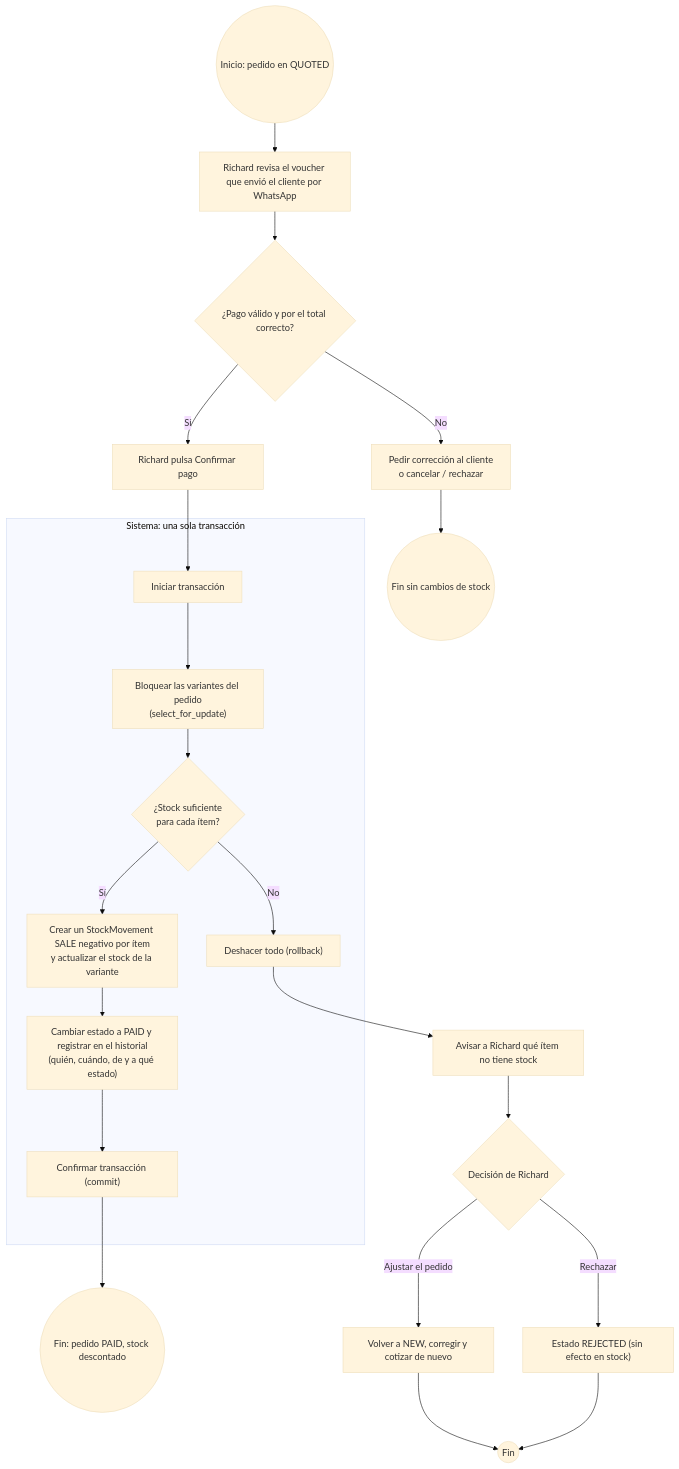
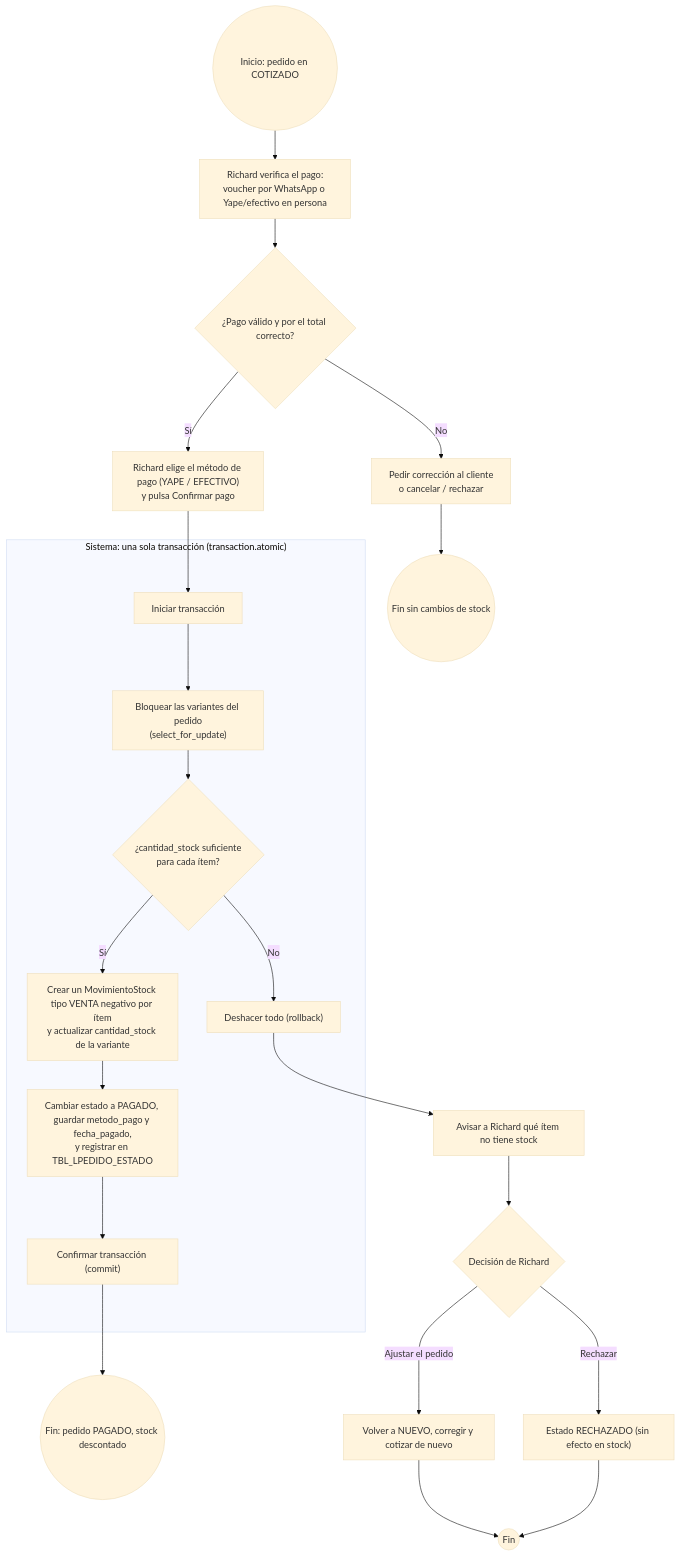
Before and after one commit to jcoldsolutionsj-lab/Proyect_03EcomerceEmunaSport: the diagram in 01-Relevamiento/diagramas/03-actividad-confirmar-pago.md, drawn with Mermaid (base theme). The commit also changed other lines of this file and 43 other files, not shown here.

````diff
--- a/01-Relevamiento/diagramas/03-actividad-confirmar-pago.md
+++ b/01-Relevamiento/diagramas/03-actividad-confirmar-pago.md
@@ -5,27 +5,27 @@
 ```mermaid
 flowchart TD
-  INI(("Inicio: pedido en QUOTED")) --> b1["Richard revisa el voucher que envió el cliente por WhatsApp"]
+  INI(("Inicio: pedido en COTIZADO")) --> b1["Richard verifica el pago:<br/>voucher por WhatsApp o Yape/efectivo en persona"]
   b1 --> b2{"¿Pago válido y por el total correcto?"}
   b2 -- "No" --> b3["Pedir corrección al cliente<br/>o cancelar / rechazar"]
   b3 --> FIN1(("Fin sin cambios de stock"))
-  b2 -- "Sí" --> b4["Richard pulsa Confirmar pago"]
+  b2 -- "Sí" --> b4["Richard elige el método de pago (YAPE / EFECTIVO)<br/>y pulsa Confirmar pago"]
 
-  subgraph TX["Sistema: una sola transacción"]
+  subgraph TX["Sistema: una sola transacción (transaction.atomic)"]
     t1["Iniciar transacción"]
     t2["Bloquear las variantes del pedido<br/>(select_for_update)"]
-    t3{"¿Stock suficiente<br/>para cada ítem?"}
-    t4["Crear un StockMovement SALE negativo por ítem<br/>y actualizar el stock de la variante"]
-    t5["Cambiar estado a PAID y registrar en el historial<br/>(quién, cuándo, de y a qué estado)"]
+    t3{"¿cantidad_stock suficiente<br/>para cada ítem?"}
+    t4["Crear un MovimientoStock tipo VENTA negativo por ítem<br/>y actualizar cantidad_stock de la variante"]
+    t5["Cambiar estado a PAGADO, guardar metodo_pago y fecha_pagado,<br/>y registrar en TBL_LPEDIDO_ESTADO"]
     t6["Confirmar transacción (commit)"]
     t7["Deshacer todo (rollback)"]
   end
 
   b4 --> t1 --> t2 --> t3
-  t3 -- "Sí" --> t4 --> t5 --> t6 --> FIN2(("Fin: pedido PAID, stock descontado"))
+  t3 -- "Sí" --> t4 --> t5 --> t6 --> FIN2(("Fin: pedido PAGADO, stock descontado"))
   t3 -- "No" --> t7 --> b5["Avisar a Richard qué ítem no tiene stock"]
   b5 --> b6{"Decisión de Richard"}
-  b6 -- "Ajustar el pedido" --> b7["Volver a NEW, corregir y cotizar de nuevo"]
-  b6 -- "Rechazar" --> b8["Estado REJECTED (sin efecto en stock)"]
+  b6 -- "Ajustar el pedido" --> b7["Volver a NUEVO, corregir y cotizar de nuevo"]
+  b6 -- "Rechazar" --> b8["Estado RECHAZADO (sin efecto en stock)"]
   b7 --> FIN3(("Fin"))
   b8 --> FIN3
 ```
````
